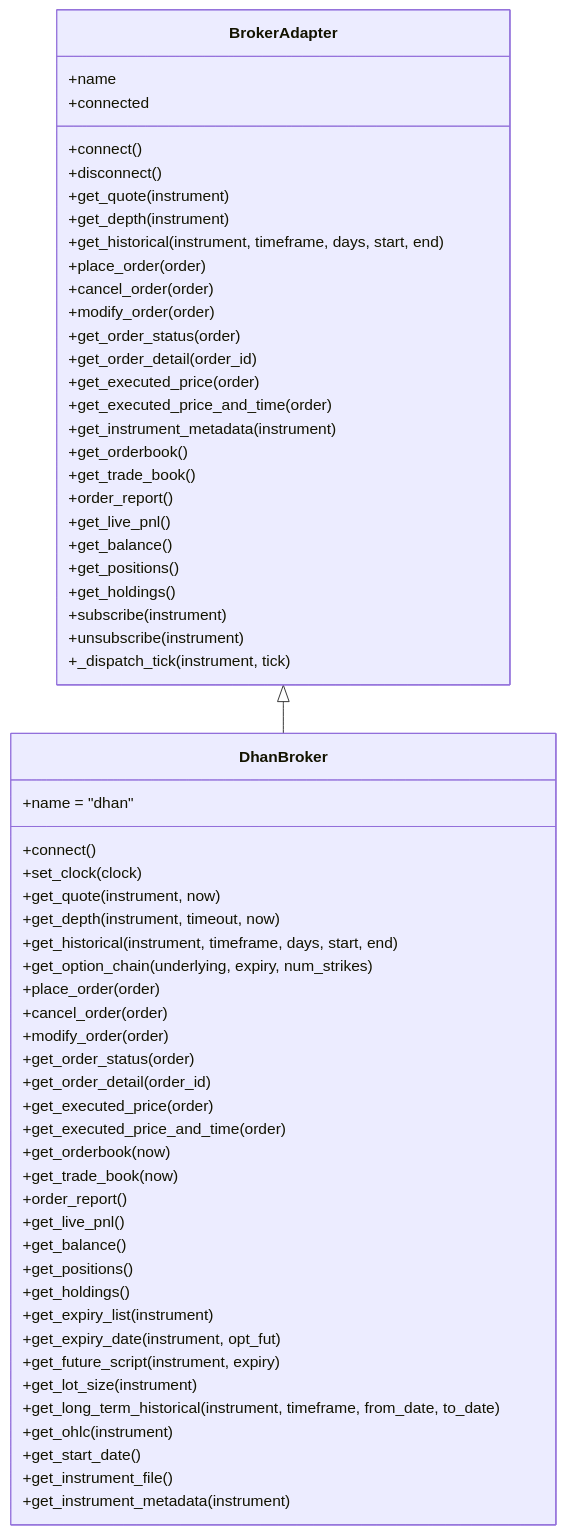
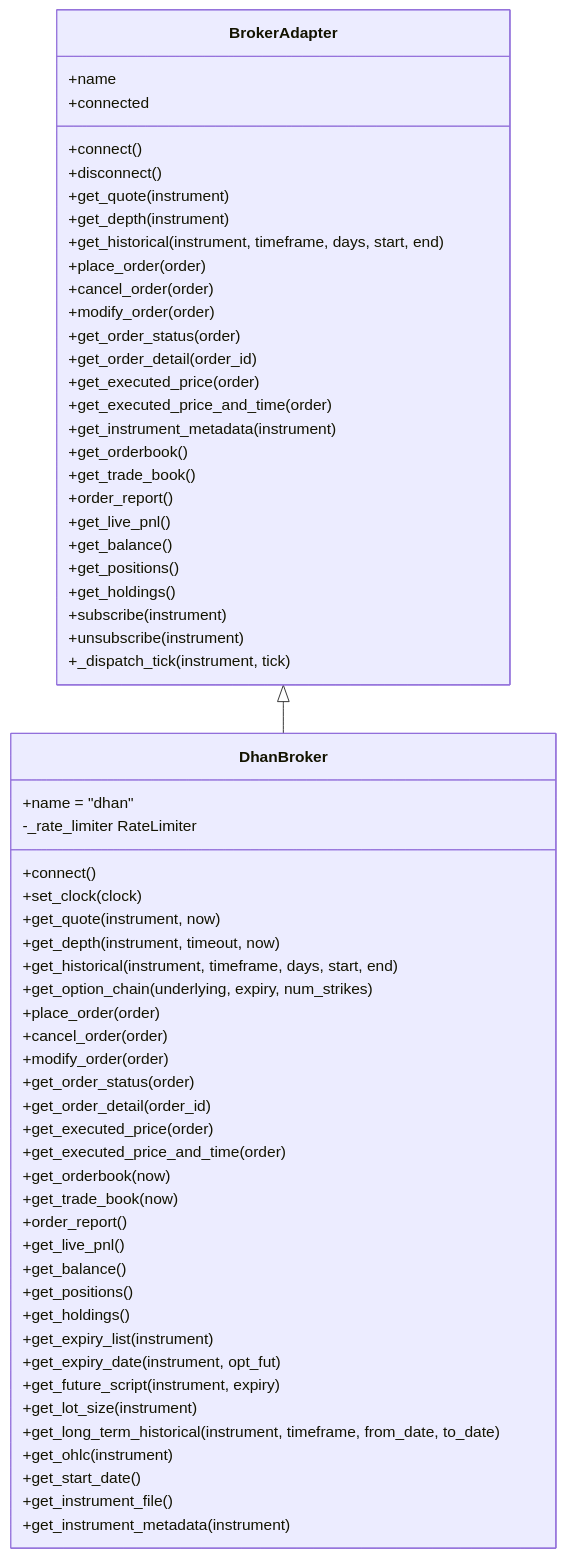
Before and after one commit to Ganesh-Kusundal/nTrade: the third of 11 diagrams in .qoder/repowiki/en/content/Broker Integration/Transport Layer & Connectivity.md, drawn with Mermaid. The commit also changed other lines of this file and 331 other files, not shown here.

````diff
--- a/.qoder/repowiki/en/content/Broker Integration/Transport Layer & Connectivity.md
+++ b/.qoder/repowiki/en/content/Broker Integration/Transport Layer & Connectivity.md
@@ -187,63 +210,64 @@
 ```mermaid
 classDiagram
 class BrokerAdapter {
 +name
 +connect()
 +disconnect()
 +connected
 +get_quote(instrument)
 +get_depth(instrument)
 +get_historical(instrument, timeframe, days, start, end)
 +place_order(order)
 +cancel_order(order)
 +modify_order(order)
 +get_order_status(order)
 +get_order_detail(order_id)
 +get_executed_price(order)
 +get_executed_price_and_time(order)
 +get_instrument_metadata(instrument)
 +get_orderbook()
 +get_trade_book()
 +order_report()
 +get_live_pnl()
 +get_balance()
 +get_positions()
 +get_holdings()
 +subscribe(instrument)
 +unsubscribe(instrument)
 +_dispatch_tick(instrument, tick)
 }
 class DhanBroker {
 +name = "dhan"
 +connect()
 +set_clock(clock)
 +get_quote(instrument, now)
 +get_depth(instrument, timeout, now)
 +get_historical(instrument, timeframe, days, start, end)
 +get_option_chain(underlying, expiry, num_strikes)
 +place_order(order)
 +cancel_order(order)
 +modify_order(order)
 +get_order_status(order)
 +get_order_detail(order_id)
 +get_executed_price(order)
 +get_executed_price_and_time(order)
 +get_orderbook(now)
 +get_trade_book(now)
 +order_report()
 +get_live_pnl()
 +get_balance()
 +get_positions()
 +get_holdings()
 +get_expiry_list(instrument)
 +get_expiry_date(instrument, opt_fut)
 +get_future_script(instrument, expiry)
 +get_lot_size(instrument)
 +get_long_term_historical(instrument, timeframe, from_date, to_date)
 +get_ohlc(instrument)
 +get_start_date()
 +get_instrument_file()
 +get_instrument_metadata(instrument)
+-_rate_limiter RateLimiter
 }
 BrokerAdapter <|-- DhanBroker
 ```
````
